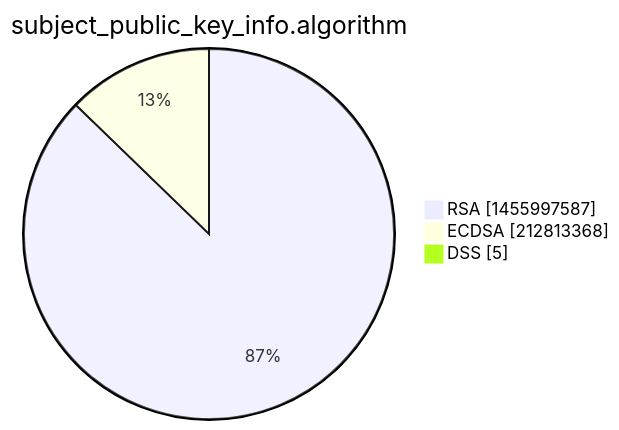
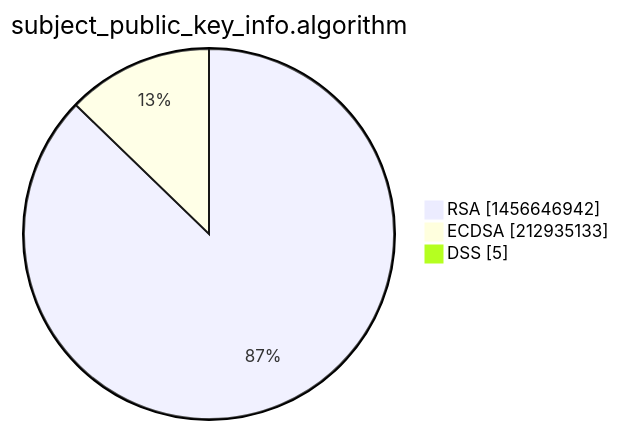
Before and after one commit to christiankrug/ctmonitor_visualization: the third of 15 diagrams in xenon2022/README.md, drawn with Mermaid. The commit also changed other lines of this file, not shown here.

````diff
--- a/xenon2022/README.md
+++ b/xenon2022/README.md
@@ -14,7 +14,7 @@
 ```mermaid
 pie showData
 title subject_public_key_info.algorithm
-"RSA" :1455997587
-"ECDSA" :212813368
+"RSA" :1456646942
+"ECDSA" :212935133
 "DSS" :5
 ```
````
